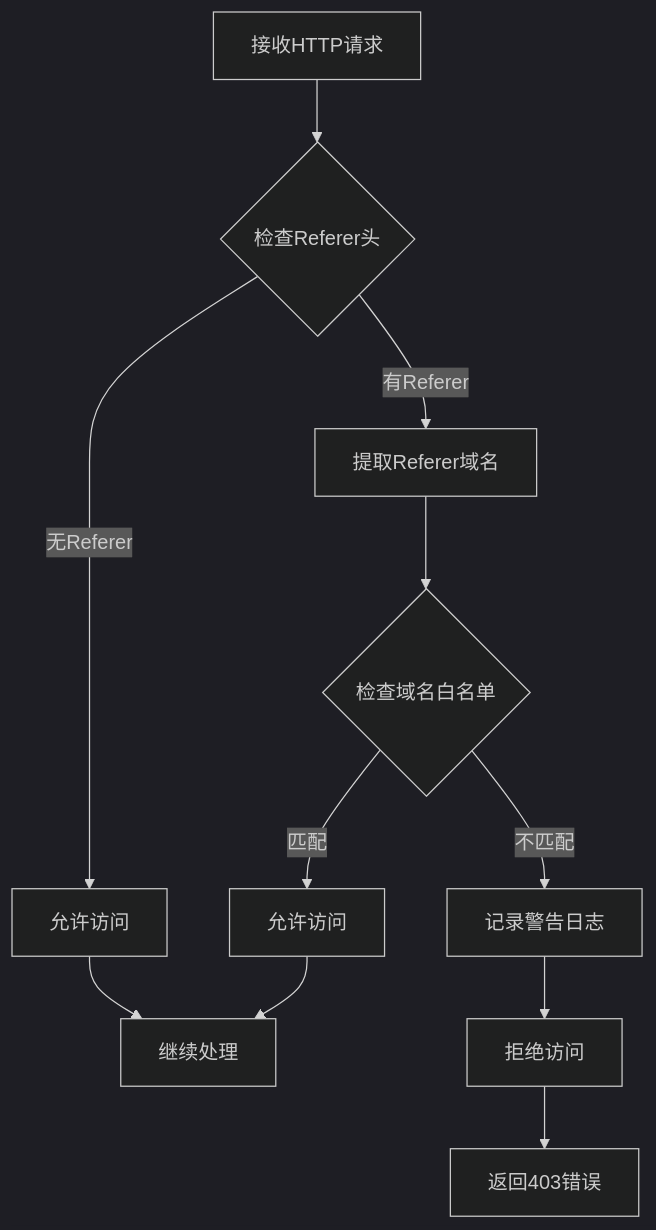
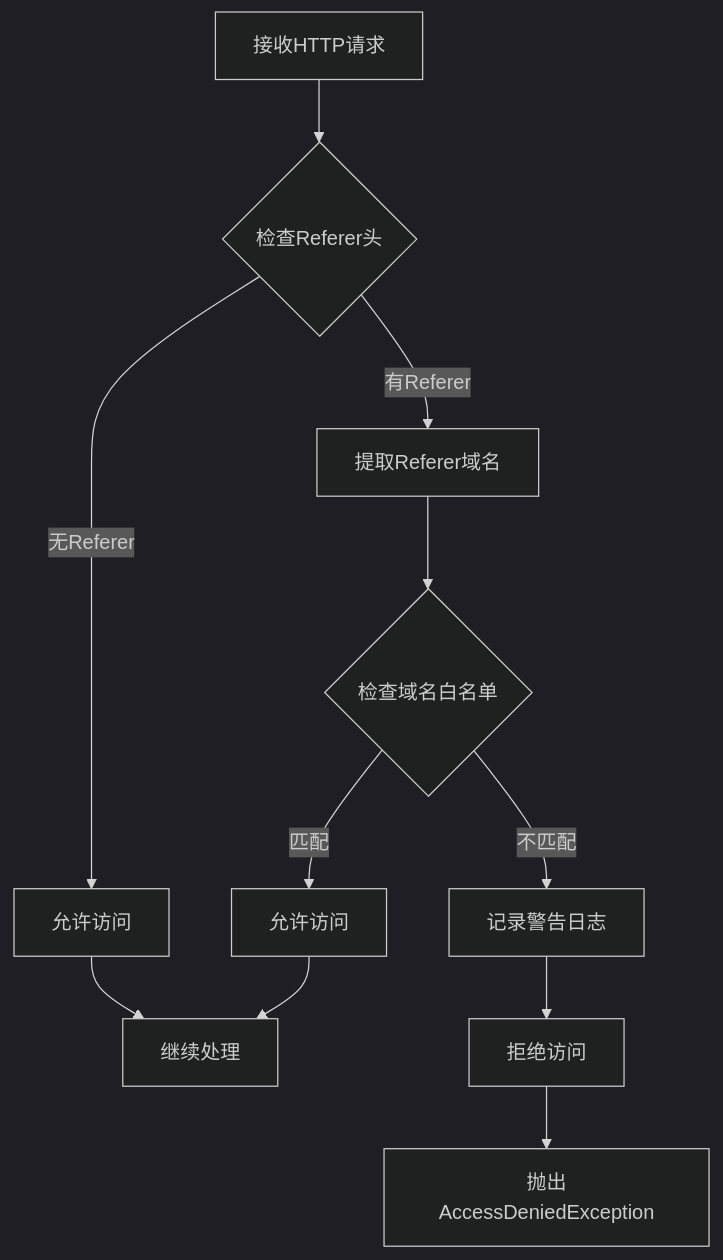
The fourth of 10 diagrams in .qoder/repowiki/zh/content/配置指南/安全配置.md (QoderZcy/zcyTest2), drawn with Mermaid (dark theme) before and after one commit. The commit also changed other lines of this file and 10 other files, not shown here.

````diff
--- a/.qoder/repowiki/zh/content/配置指南/安全配置.md
+++ b/.qoder/repowiki/zh/content/配置指南/安全配置.md
@@ -171,13 +179,13 @@
 ```mermaid
 flowchart TD
 A[接收HTTP请求] --> B{检查Referer头}
 B --> |无Referer| C[允许访问]
 B --> |有Referer| D[提取Referer域名]
 D --> E{检查域名白名单}
 E --> |匹配| F[允许访问]
 E --> |不匹配| G[记录警告日志]
 G --> H[拒绝访问]
 C --> I[继续处理]
 F --> I
-H --> J[返回403错误]
+H --> J[抛出AccessDeniedException]
 ```
````
